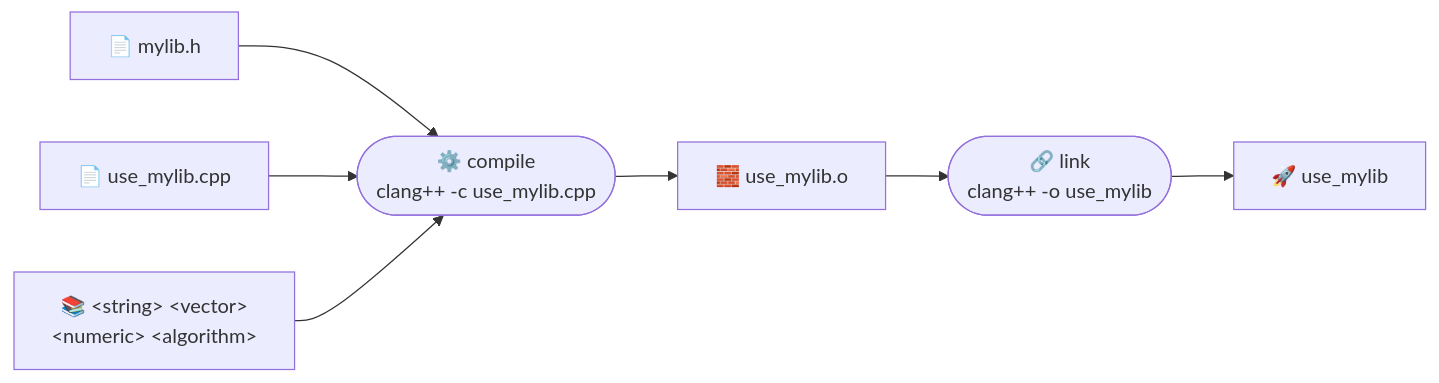
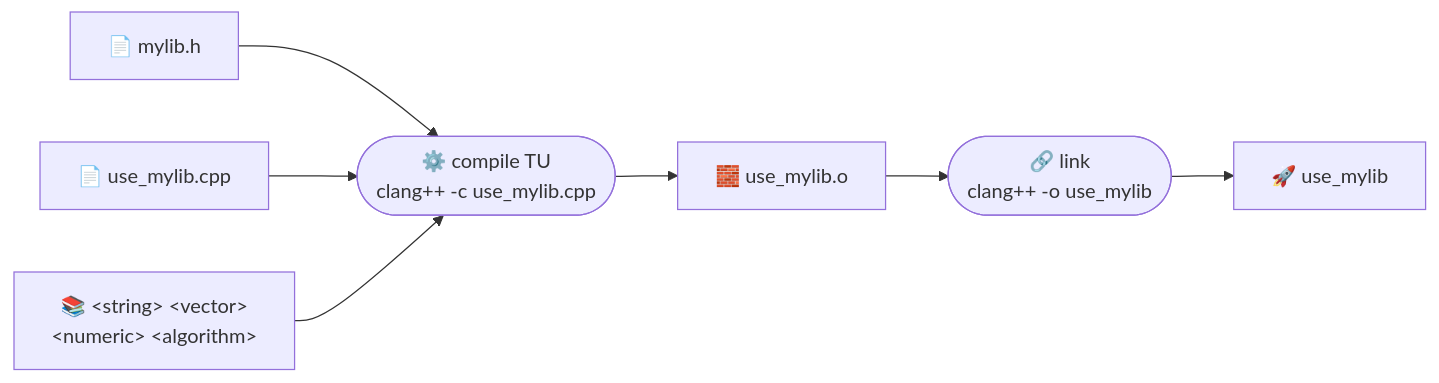
One commit to daminetreg/splitter changed the diagram in presentation/slides/01b-build-graph.md. Above: the diagram before and after it, drawn with Mermaid. The commit also changed other lines of this file and 9 other files, not shown here.

```diff
--- a/presentation/slides/01b-build-graph.md
+++ b/presentation/slides/01b-build-graph.md
@@ -8,9 +8,9 @@
 ::: mermaid
 flowchart LR
     h["📄 mylib.h"] --> c
     s["📄 use_mylib.cpp"] --> c
     sys["📚 &lt;string&gt; &lt;vector&gt;<br/>&lt;numeric&gt; &lt;algorithm&gt;"] --> c
-    c(["⚙️ compile<br/>clang++ -c use_mylib.cpp"]) --> o["🧱 use_mylib.o"]
+    c(["⚙️ compile TU<br/>clang++ -c use_mylib.cpp"]) --> o["🧱 use_mylib.o"]
     o --> l(["🔗 link<br/>clang++ -o use_mylib"])
     l --> exe["🚀 use_mylib"]
 :::
```
